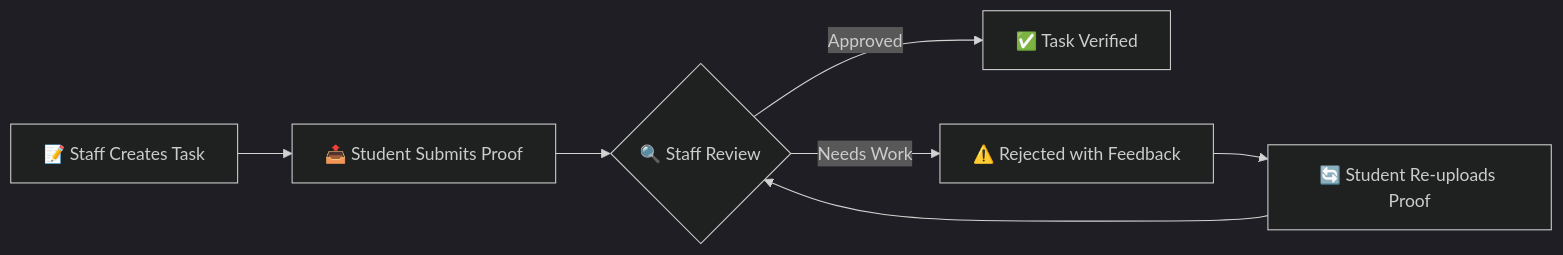
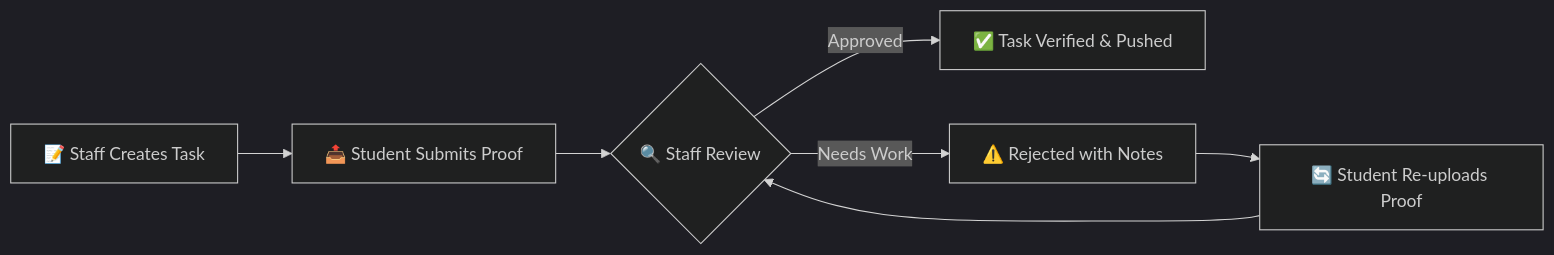
The second of 3 diagrams in README.md (TK4743/taskmanager), drawn with Mermaid (dark theme) before and after one commit. The commit also changed other lines of this file and 1 other file, not shown here.

Commit message:
docs: update README.md and FEATURE_COMPARISON.md with latest architecture and features

````diff
--- a/README.md
+++ b/README.md
@@ -75,9 +85,9 @@
 ```mermaid
 flowchart LR
     Create["📝 Staff Creates Task"] --> Submit["📤 Student Submits Proof"]
     Submit --> Review{"🔍 Staff Review"}
-    Review -->|Approved| Verified["✅ Task Verified"]
-    Review -->|Needs Work| Rejection["⚠️ Rejected with Feedback"]
+    Review -->|Approved| Verified["✅ Task Verified & Pushed"]
+    Review -->|Needs Work| Rejection["⚠️ Rejected with Notes"]
     Rejection --> Reupload["🔄 Student Re-uploads Proof"]
     Reupload --> Review
 ```
````
